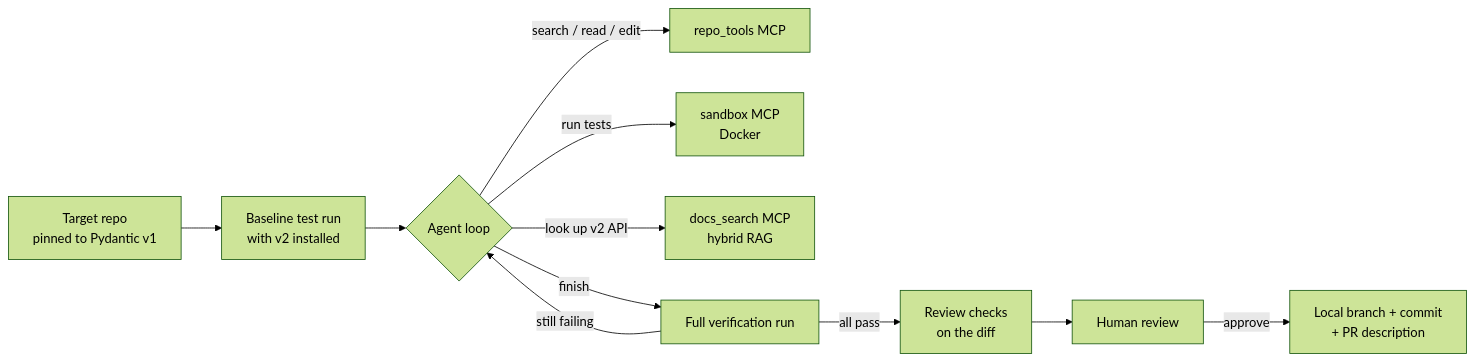
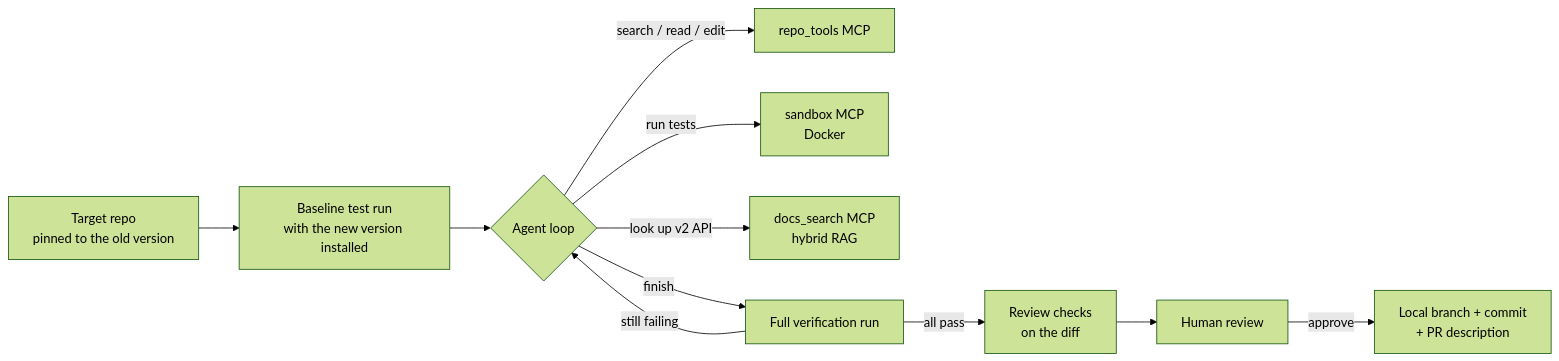
The diagram in README.md (anirudhkumar0904/ai-dependency-upgrade-agent), drawn with Mermaid (forest theme) before and after one commit. The commit also changed other lines of this file and 5 other files, not shown here.

````diff
--- a/README.md
+++ b/README.md
@@ -25,13 +25,13 @@
 ```mermaid
 flowchart LR
-    A[Target repo<br/>pinned to Pydantic v1] --> B[Baseline test run<br/>with v2 installed]
+    A[Target repo<br/>pinned to the old version] --> B[Baseline test run<br/>with the new version installed]
     B --> C{Agent loop}
     C -->|search / read / edit| R[repo_tools MCP]
     C -->|run tests| S[sandbox MCP<br/>Docker]
     C -->|look up v2 API| D[docs_search MCP<br/>hybrid RAG]
     C -->|finish| V[Full verification run]
     V -->|still failing| C
     V -->|all pass| K[Review checks<br/>on the diff]
     K --> H[Human review]
     H -->|approve| G[Local branch + commit<br/>+ PR description]
 ```
````
